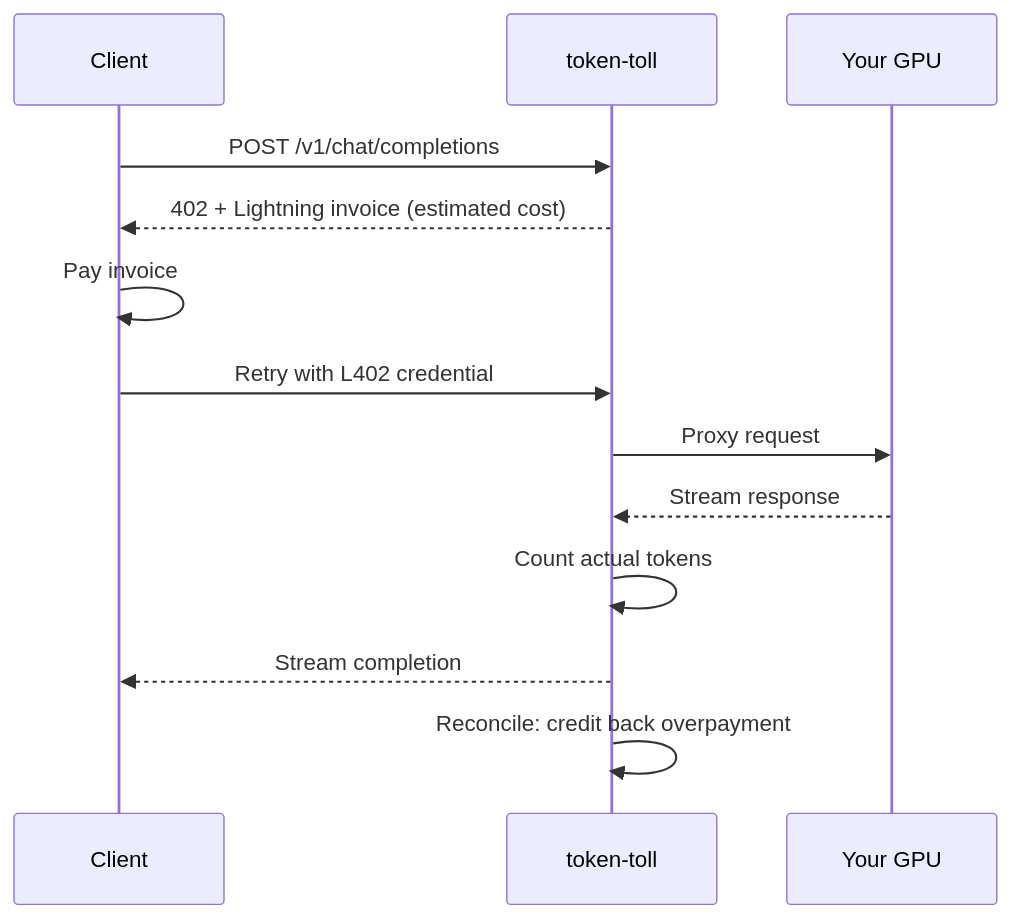
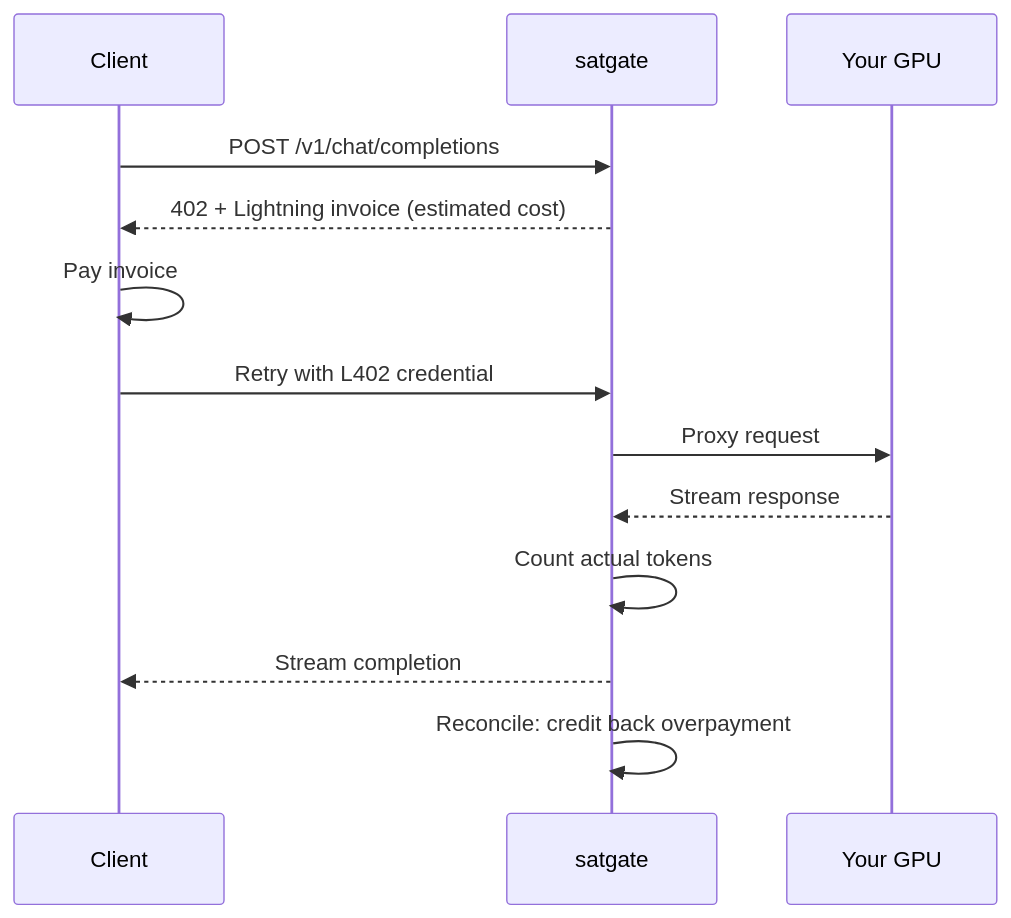
The third of 3 diagrams in README.md (TheCryptoDonkey/satgate), drawn with Mermaid before and after one commit. The commit also changed other lines of this file and 16 other files, not shown here.

First line of the commit message:
feat: rename token-toll to satgate

````diff
--- a/README.md
+++ b/README.md
@@ -122,16 +122,16 @@
 ```mermaid
 sequenceDiagram
     participant C as Client
-    participant T as token-toll
+    participant T as satgate
     participant G as Your GPU
 
     C->>T: POST /v1/chat/completions
     T-->>C: 402 + Lightning invoice (estimated cost)
     C->>C: Pay invoice
     C->>T: Retry with L402 credential
     T->>G: Proxy request
     G-->>T: Stream response
     T->>T: Count actual tokens
     T-->>C: Stream completion
     T->>T: Reconcile: credit back overpayment
 ```
````
